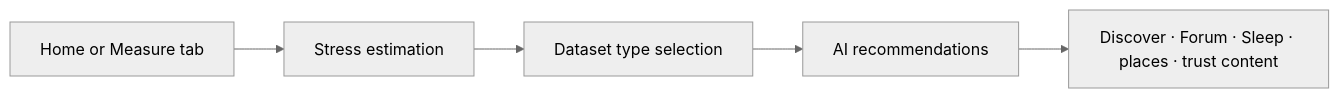
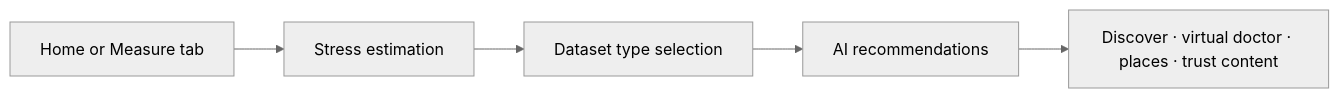
The second of 2 diagrams in plan/plan.md (venu-1o15o411-wola/PeacePlot), drawn with Mermaid (neutral theme) before and after one commit. The commit also changed other lines of this file and 29 other files, not shown here.

Commit message:
feat: updated whole flow and implemented auth

````diff
--- a/plan/plan.md
+++ b/plan/plan.md
@@ -145,7 +144,7 @@
 ```mermaid
 flowchart LR
   A[Home or Measure tab] --> B[Stress estimation]
   B --> C[Dataset type selection]
   C --> D[AI recommendations]
-  D --> E[Discover · Forum · Sleep · places · trust content]
+  D --> E[Discover · virtual doctor · places · trust content]
 ```
````
